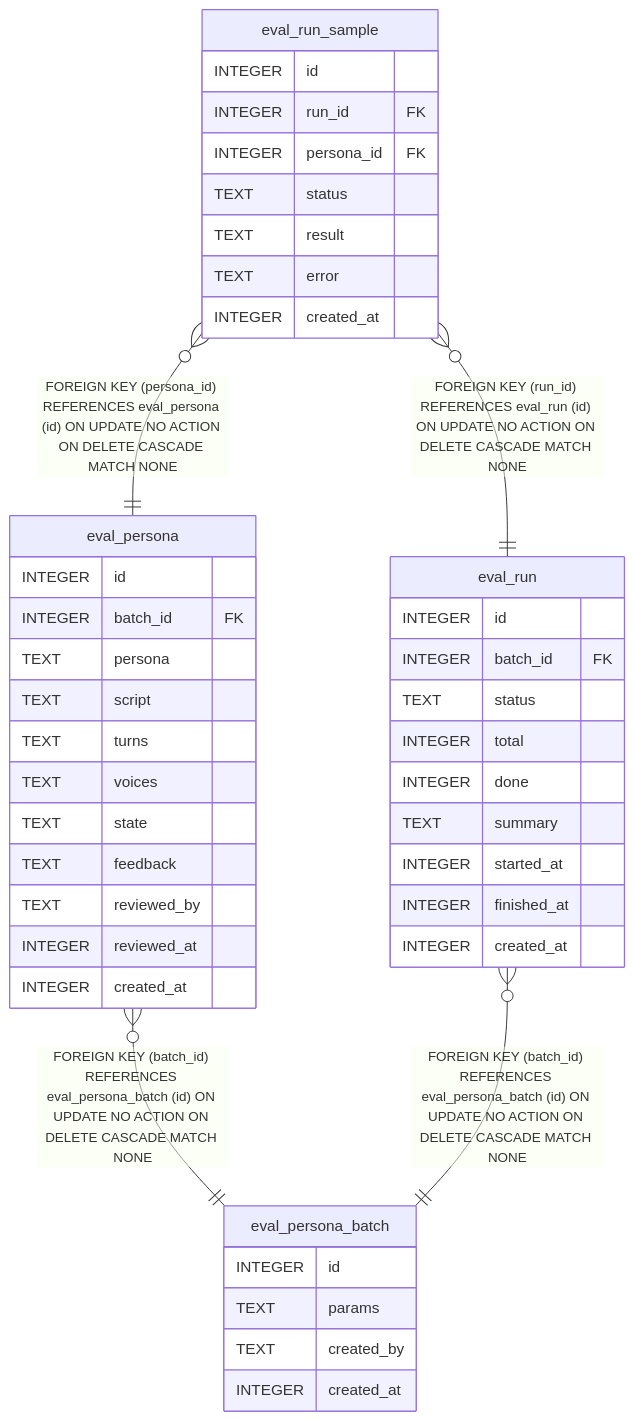
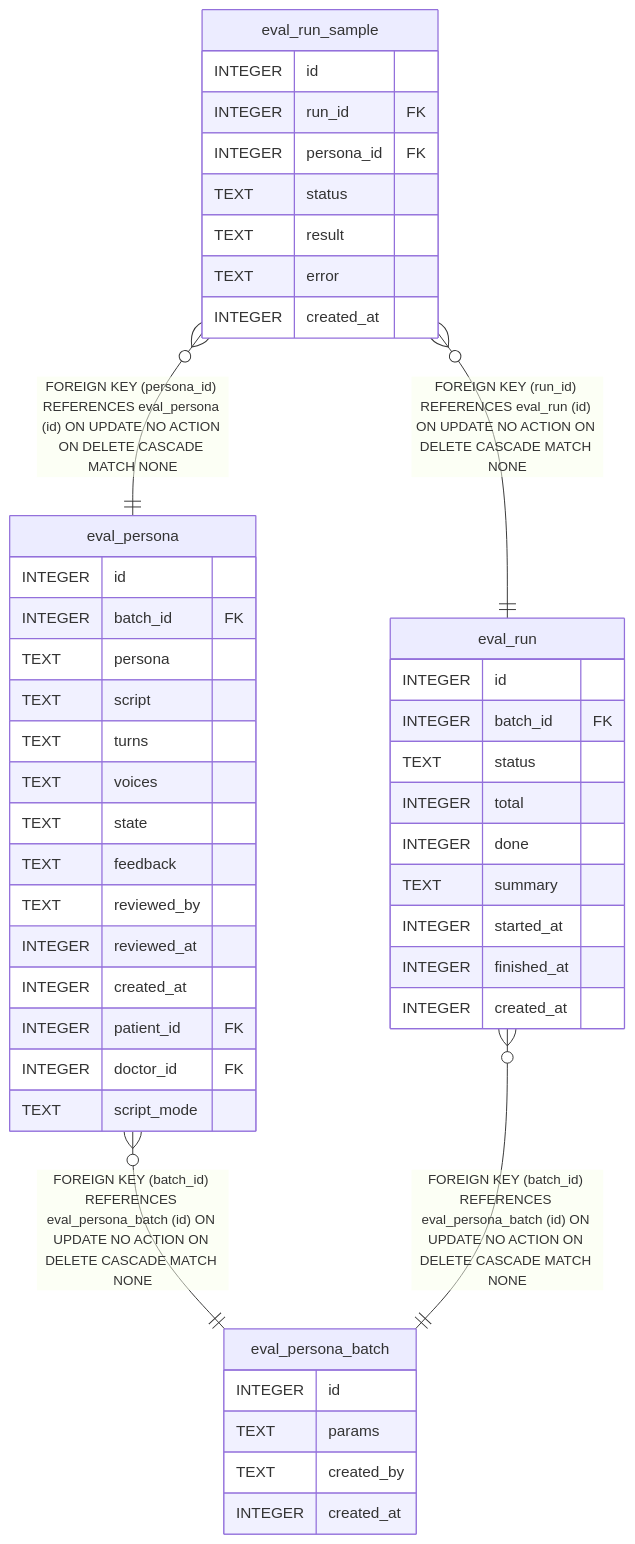
The diagram in content/docs/pt-BR/developers/plugins/eval-validator/reference/schema.mmd (ktbhealth/docs), drawn with Mermaid before and after one commit. The commit also changed 87 other files, not shown here.

First line of the commit message:
docs(eval): erd pages for eval + apikey tables

```diff
--- a/content/docs/pt-BR/developers/plugins/eval-validator/reference/schema.mmd
+++ b/content/docs/pt-BR/developers/plugins/eval-validator/reference/schema.mmd
@@ -1,46 +1,49 @@
 erDiagram
 
 "eval_persona" }o--|| "eval_persona_batch" : "FOREIGN KEY (batch_id) REFERENCES eval_persona_batch (id) ON UPDATE NO ACTION ON DELETE CASCADE MATCH NONE"
 "eval_run" }o--|| "eval_persona_batch" : "FOREIGN KEY (batch_id) REFERENCES eval_persona_batch (id) ON UPDATE NO ACTION ON DELETE CASCADE MATCH NONE"
 "eval_run_sample" }o--|| "eval_persona" : "FOREIGN KEY (persona_id) REFERENCES eval_persona (id) ON UPDATE NO ACTION ON DELETE CASCADE MATCH NONE"
 "eval_run_sample" }o--|| "eval_run" : "FOREIGN KEY (run_id) REFERENCES eval_run (id) ON UPDATE NO ACTION ON DELETE CASCADE MATCH NONE"
 
 "eval_persona" {
   INTEGER id
   INTEGER batch_id FK
   TEXT persona
   TEXT script
   TEXT turns
   TEXT voices
   TEXT state
   TEXT feedback
   TEXT reviewed_by
   INTEGER reviewed_at
   INTEGER created_at
+  INTEGER patient_id FK
+  INTEGER doctor_id FK
+  TEXT script_mode
 }
 "eval_persona_batch" {
   INTEGER id
   TEXT params
   TEXT created_by
   INTEGER created_at
 }
 "eval_run" {
   INTEGER id
   INTEGER batch_id FK
   TEXT status
   INTEGER total
   INTEGER done
   TEXT summary
   INTEGER started_at
   INTEGER finished_at
   INTEGER created_at
 }
 "eval_run_sample" {
   INTEGER id
   INTEGER run_id FK
   INTEGER persona_id FK
   TEXT status
   TEXT result
   TEXT error
   INTEGER created_at
 }
```
